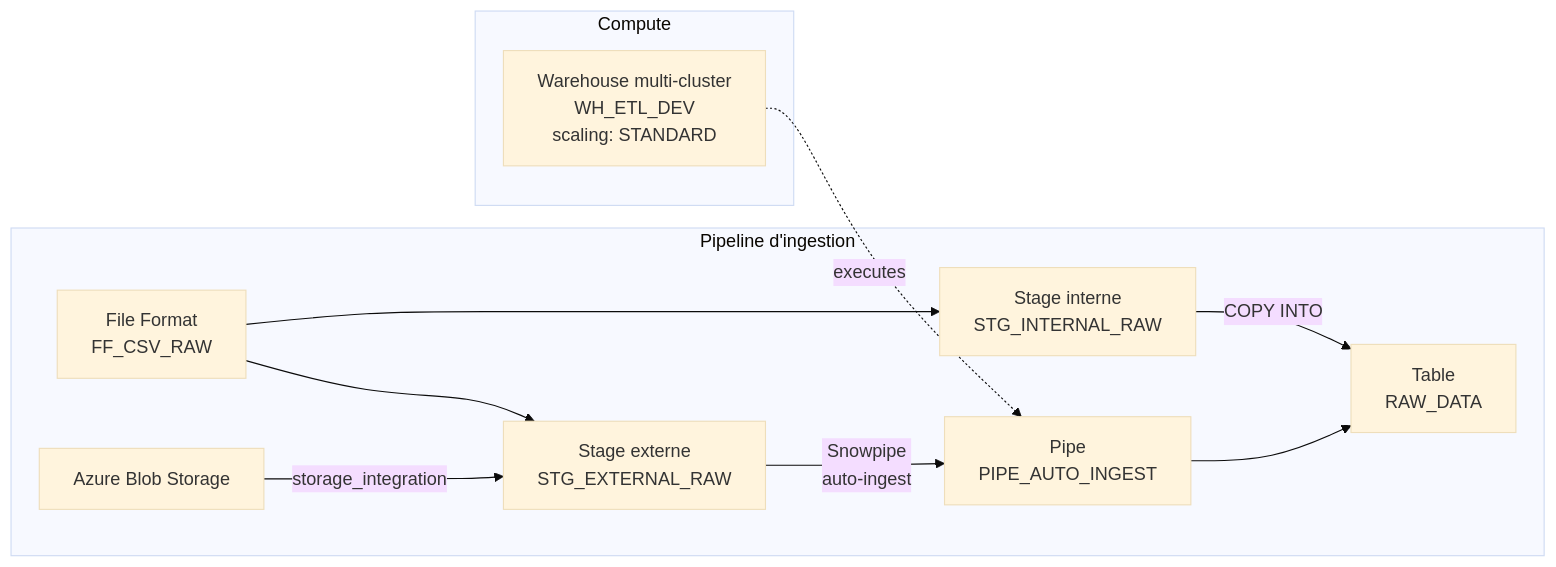
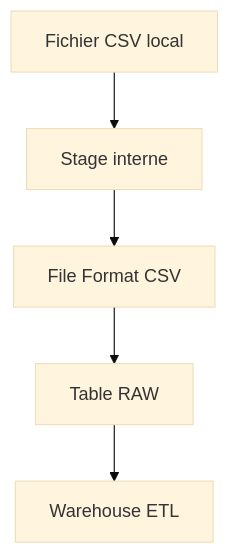
Before and after one commit to msellamiTN/Snowflake-terraform: the second of 2 diagrams in courses/day-03/module-09-snowflake-advanced/lab.md, drawn with Mermaid (base theme). The commit also changed other lines of this file and 10 other files, not shown here.

````diff
--- a/courses/day-03/module-09-snowflake-advanced/lab.md
+++ b/courses/day-03/module-09-snowflake-advanced/lab.md
@@ -62,15 +24,7 @@
 ```mermaid
-flowchart LR
-    subgraph "Pipeline d'ingestion"
-        FF[File Format<br/>FF_CSV_RAW] --> STG_INT[Stage interne<br/>STG_INTERNAL_RAW]
-        FF --> STG_EXT[Stage externe<br/>STG_EXTERNAL_RAW]
-        BLOB[Azure Blob Storage] -->|storage_integration| STG_EXT
-        STG_EXT -->|Snowpipe<br/>auto-ingest| PIPE[Pipe<br/>PIPE_AUTO_INGEST]
-        PIPE --> TABLE[Table<br/>RAW_DATA]
-        STG_INT -->|COPY INTO| TABLE
-    end
-    subgraph "Compute"
-        WH[Warehouse multi-cluster<br/>WH_ETL_DEV<br/>scaling: STANDARD]
-    end
-    WH -.->|executes| PIPE
+flowchart TD
+    FILE[Fichier CSV local] --> STAGE[Stage interne]
+    STAGE --> PIPE[File Format CSV]
+    PIPE --> TABLE[Table RAW]
+    TABLE --> WH[Warehouse ETL]
 ```
````
